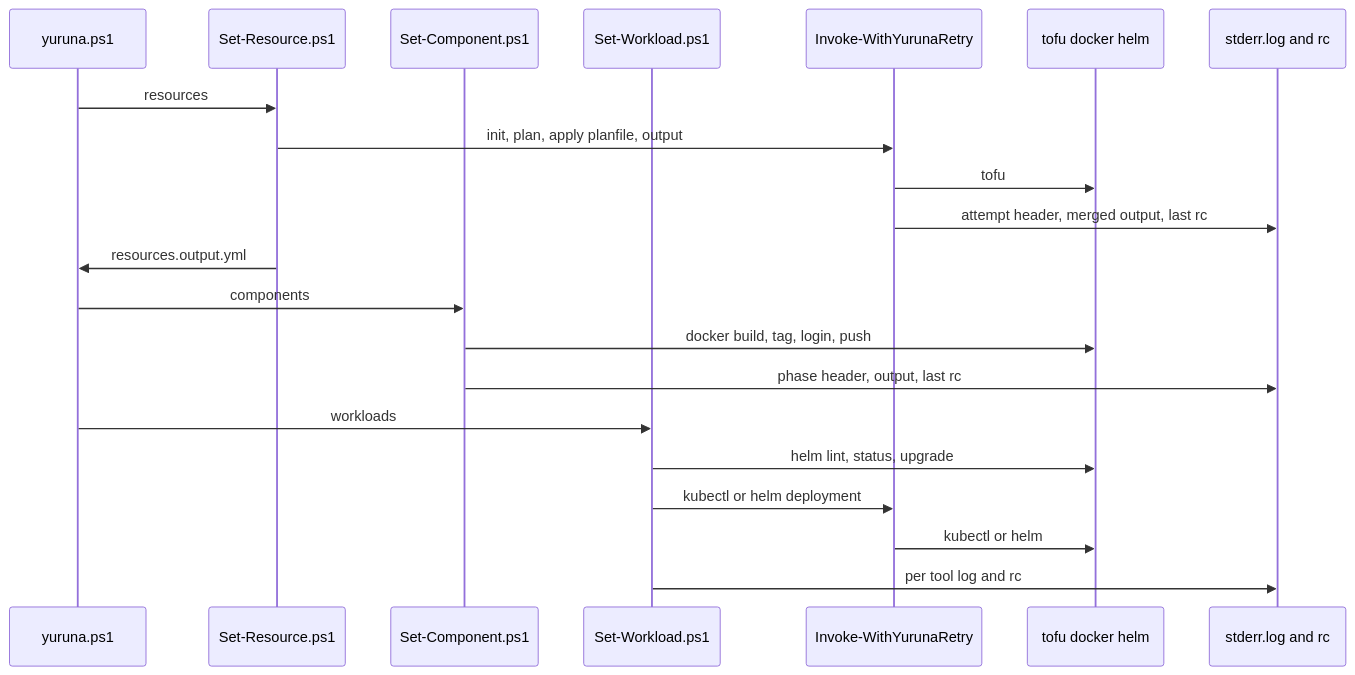
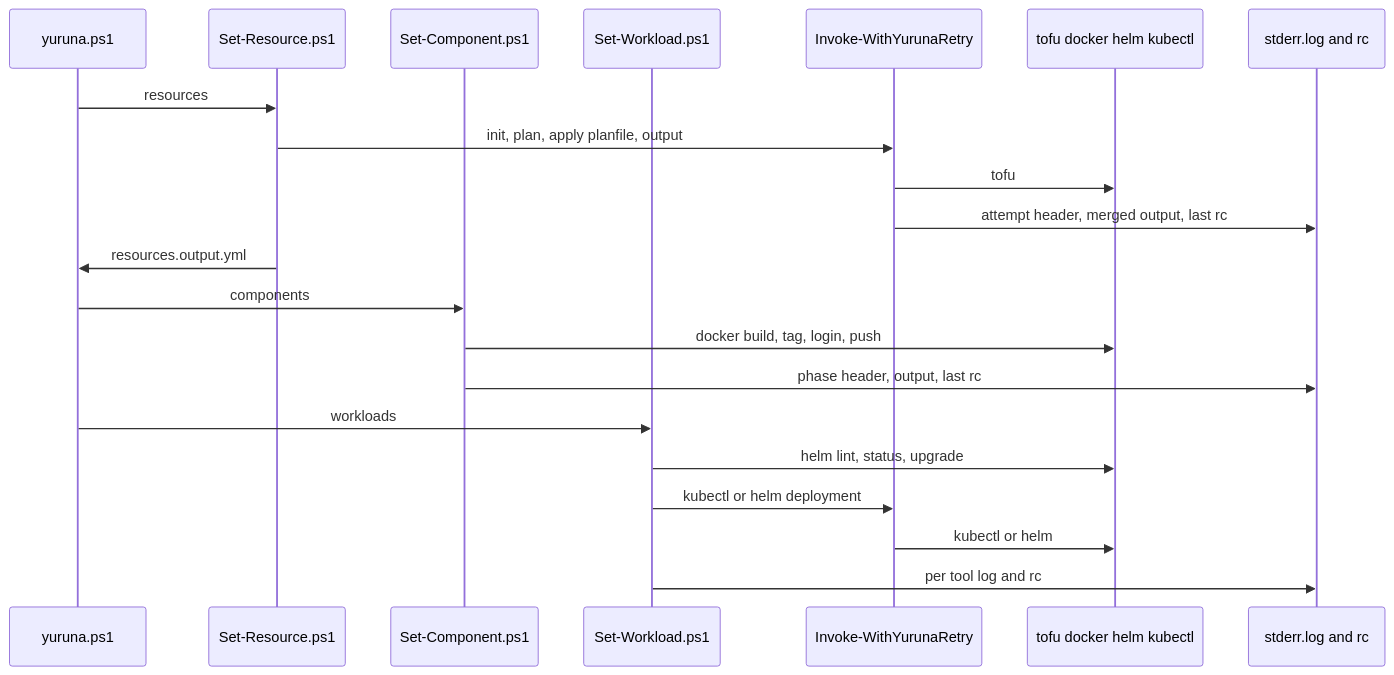
The first of 6 diagrams in docs/design/03-data-flows.md (alissonsol/yuruna), drawn with Mermaid before and after one commit. The commit also changed other lines of this file and 662 other files, not shown here.

````diff
--- a/docs/design/03-data-flows.md
+++ b/docs/design/03-data-flows.md
@@ -26,23 +26,23 @@
 ```mermaid
 sequenceDiagram
     participant cli as yuruna.ps1
     participant resource as Set-Resource.ps1
     participant component as Set-Component.ps1
     participant workload as Set-Workload.ps1
     participant retry as Invoke-WithYurunaRetry
-    participant tool as tofu docker helm
+    participant tool as tofu docker helm kubectl
     participant sidecar as stderr.log and rc
     cli->>resource: resources
     resource->>retry: init, plan, apply planfile, output
     retry->>tool: tofu
     retry->>sidecar: attempt header, merged output, last rc
     resource->>cli: resources.output.yml
     cli->>component: components
     component->>tool: docker build, tag, login, push
     component->>sidecar: phase header, output, last rc
     cli->>workload: workloads
     workload->>tool: helm lint, status, upgrade
     workload->>retry: kubectl or helm deployment
     retry->>tool: kubectl or helm
     workload->>sidecar: per tool log and rc
 ```
````
